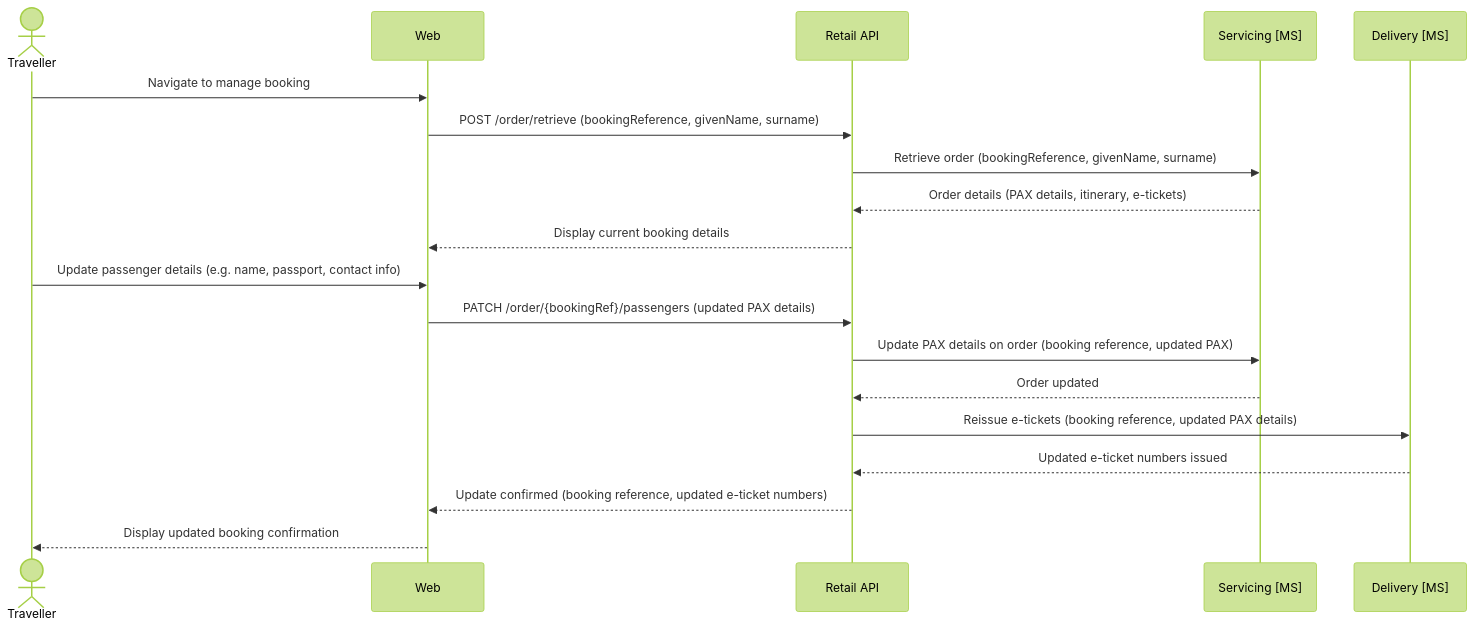
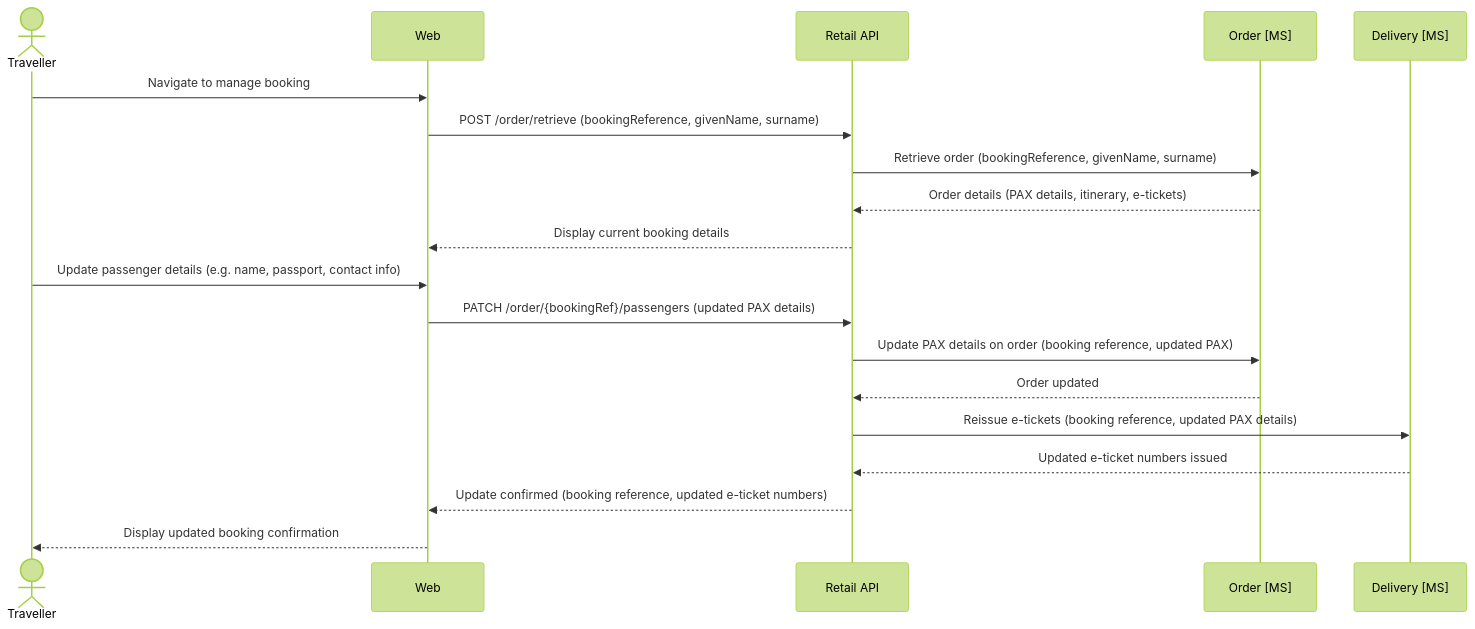
Before and after one commit to sebharvey/airline-reservation-system: the fourth of 7 diagrams in architecture/design.md, drawn with Mermaid (forest theme). The commit also changed other lines of this file, not shown here.

First line of the commit message:
Revise Order concept and remove Servicing service

````diff
--- a/architecture/design.md
+++ b/architecture/design.md
@@ -510,27 +502,27 @@
 ```mermaid
 sequenceDiagram
     actor Traveller
     participant Web
     participant RetailAPI as Retail API
-    participant ServicingMS as Servicing [MS]
+    participant OrderMS as Order [MS]
     participant DeliveryMS as Delivery [MS]
 
     Traveller->>Web: Navigate to manage booking
 
     Web->>RetailAPI: POST /order/retrieve (bookingReference, givenName, surname)
-    RetailAPI->>ServicingMS: Retrieve order (bookingReference, givenName, surname)
-    ServicingMS-->>RetailAPI: Order details (PAX details, itinerary, e-tickets)
+    RetailAPI->>OrderMS: Retrieve order (bookingReference, givenName, surname)
+    OrderMS-->>RetailAPI: Order details (PAX details, itinerary, e-tickets)
     RetailAPI-->>Web: Display current booking details
 
     Traveller->>Web: Update passenger details (e.g. name, passport, contact info)
 
     Web->>RetailAPI: PATCH /order/{bookingRef}/passengers (updated PAX details)
-    RetailAPI->>ServicingMS: Update PAX details on order (booking reference, updated PAX)
-    ServicingMS-->>RetailAPI: Order updated
+    RetailAPI->>OrderMS: Update PAX details on order (booking reference, updated PAX)
+    OrderMS-->>RetailAPI: Order updated
 
     RetailAPI->>DeliveryMS: Reissue e-tickets (booking reference, updated PAX details)
     DeliveryMS-->>RetailAPI: Updated e-ticket numbers issued
 
     RetailAPI-->>Web: Update confirmed (booking reference, updated e-ticket numbers)
     Web-->>Traveller: Display updated booking confirmation
 ```
````
